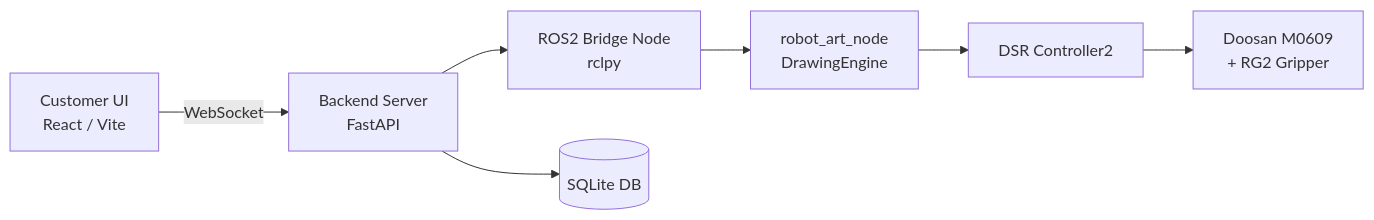
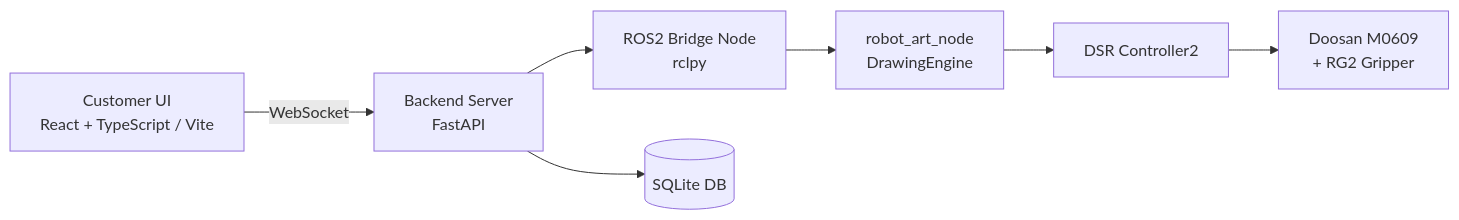
One commit to kimjihoon001/A_2 changed the diagram in README.md. Above: the diagram before and after it, drawn with Mermaid.

Commit message:
docs: 시스템 아키텍처에 TypeScript 추가

````diff
--- a/README.md
+++ b/README.md
@@ -12,9 +12,9 @@
 ```mermaid
 flowchart LR
-    A[Customer UI<br/>React / Vite] -->|WebSocket| B[Backend Server<br/>FastAPI]
+    A[Customer UI<br/>React + TypeScript / Vite] -->|WebSocket| B[Backend Server<br/>FastAPI]
     B --> C[ROS2 Bridge Node<br/>rclpy]
     C --> D[robot_art_node<br/>DrawingEngine]
     D --> E[DSR Controller2]
     E --> F[Doosan M0609<br/>+ RG2 Gripper]
     B --> G[(SQLite DB)]
 ```
````
